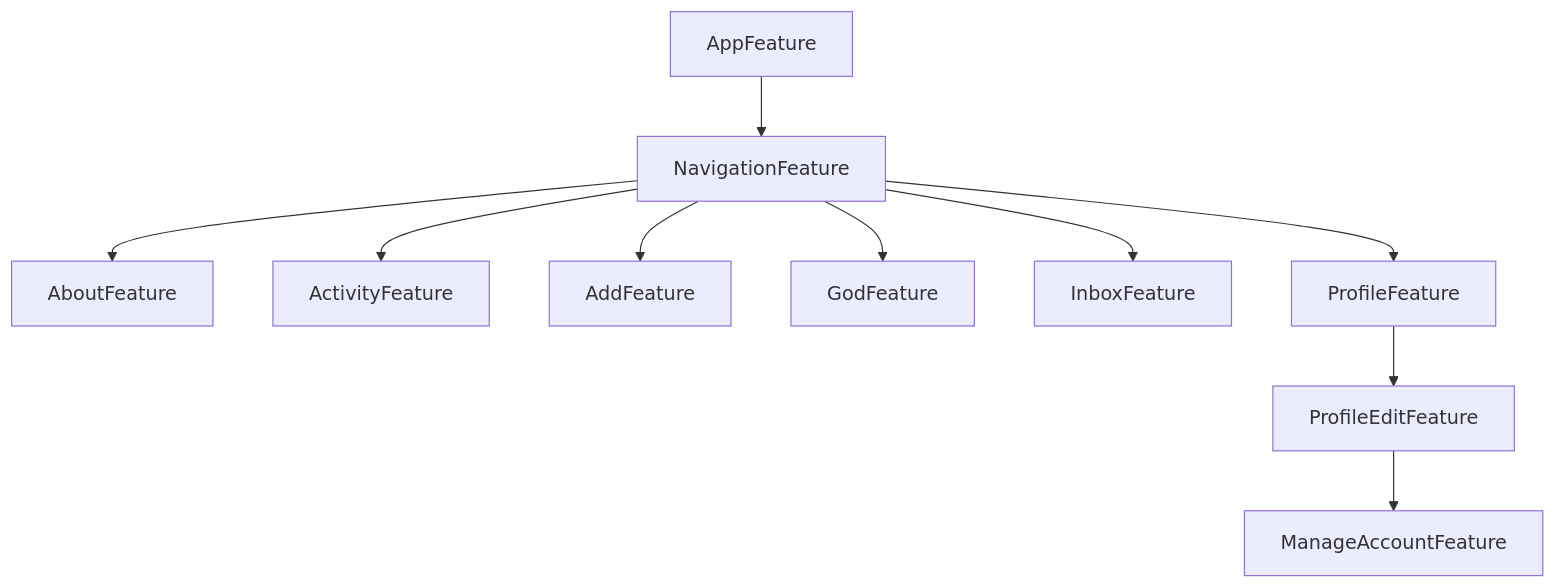
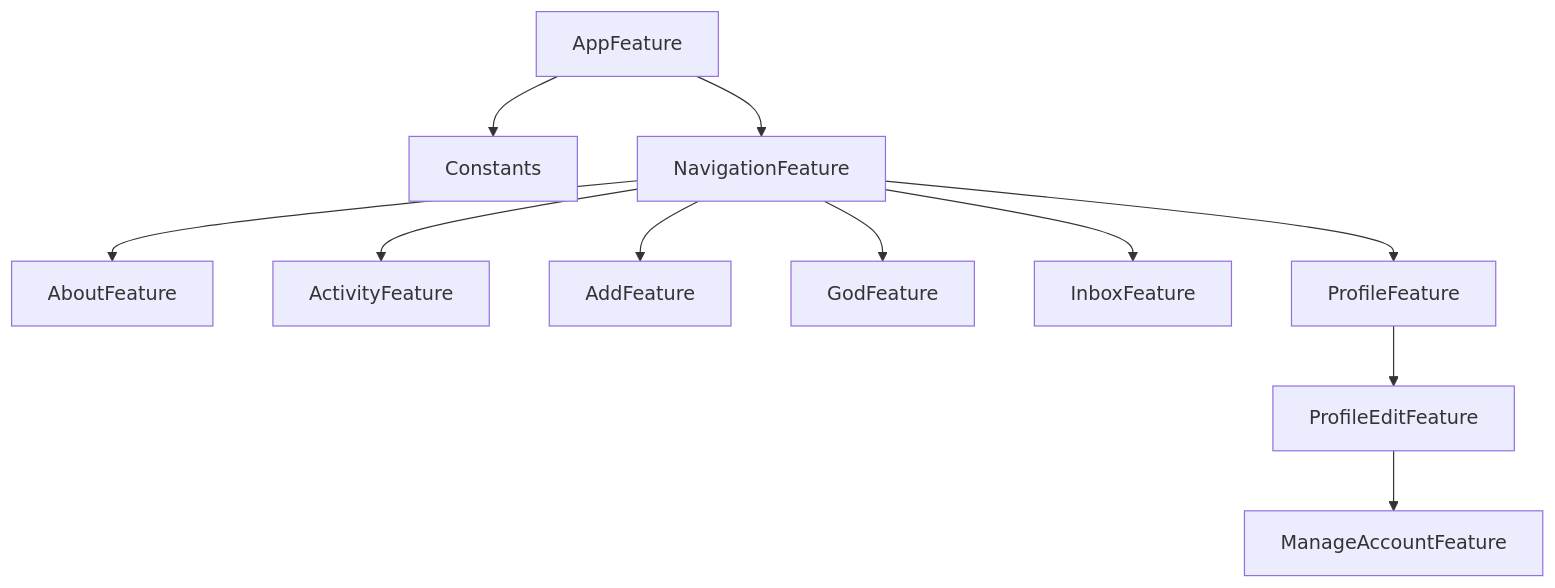
The diagram in Packages/GodPackage/README.md (0x1-company/god-ios), drawn with Mermaid before and after one commit.

Commit message:
Run dgraph

````diff
--- a/Packages/GodPackage/README.md
+++ b/Packages/GodPackage/README.md
@@ -6,12 +6,13 @@
 ```mermaid
 graph TD;
+    AppFeature-->Constants;
     AppFeature-->NavigationFeature;
     NavigationFeature-->AboutFeature;
     NavigationFeature-->ActivityFeature;
     NavigationFeature-->AddFeature;
     NavigationFeature-->GodFeature;
     NavigationFeature-->InboxFeature;
     NavigationFeature-->ProfileFeature;
     ProfileEditFeature-->ManageAccountFeature;
     ProfileFeature-->ProfileEditFeature;
 ```
````
